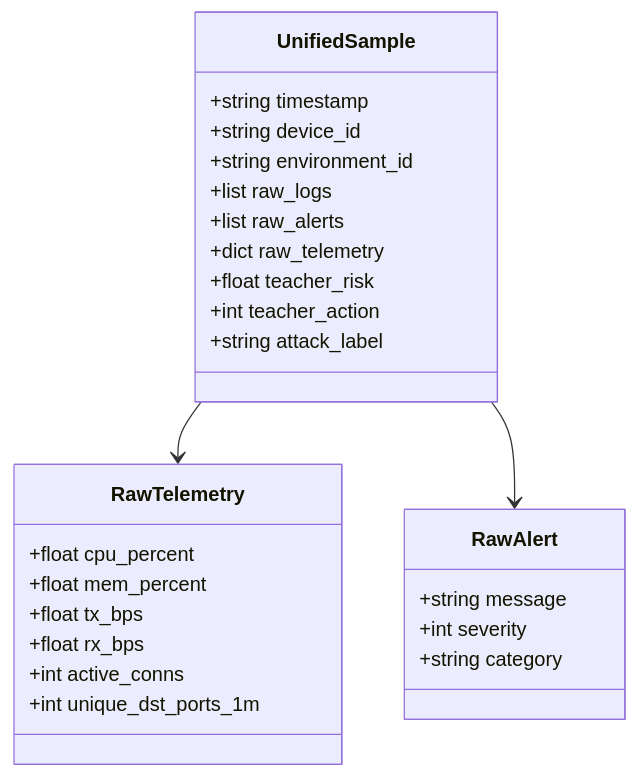
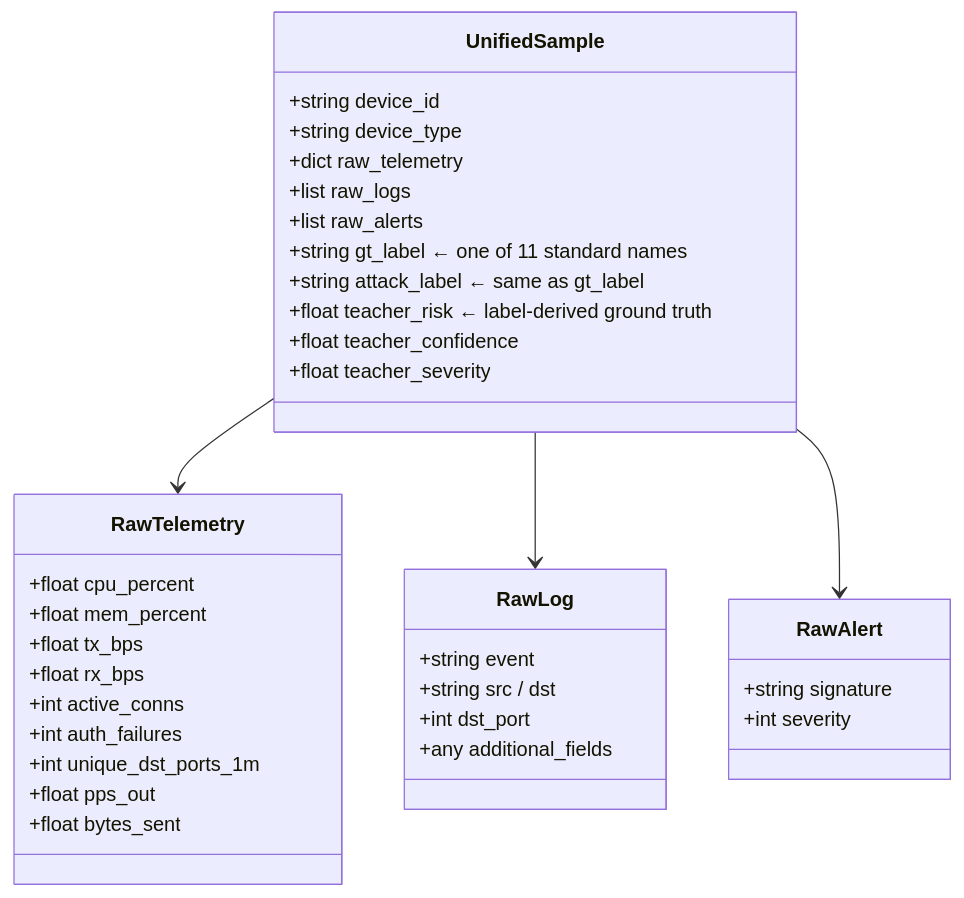
Before and after one commit to didi-09/AI_DRIVEN_SOAR: diagram 13 of 14 in README.md, drawn with Mermaid. The commit also changed other lines of this file, not shown here.

````diff
--- a/README.md
+++ b/README.md
@@ -378,32 +654,43 @@
 ```mermaid
 classDiagram
     class UnifiedSample {
-        +string timestamp
         +string device_id
-        +string environment_id
+        +string device_type
+        +dict raw_telemetry
         +list raw_logs
         +list raw_alerts
-        +dict raw_telemetry
-        +float teacher_risk
-        +int teacher_action
-        +string attack_label
+        +string gt_label       ← one of 11 standard names
+        +string attack_label   ← same as gt_label
+        +float teacher_risk    ← label-derived ground truth
+        +float teacher_confidence
+        +float teacher_severity
     }
 
     class RawTelemetry {
         +float cpu_percent
         +float mem_percent
         +float tx_bps
         +float rx_bps
         +int active_conns
+        +int auth_failures
         +int unique_dst_ports_1m
+        +float pps_out
+        +float bytes_sent
+    }
+
+    class RawLog {
+        +string event
+        +string src / dst
+        +int dst_port
+        +any additional_fields
     }
 
     class RawAlert {
-        +string message
+        +string signature
         +int severity
-        +string category
     }
 
     UnifiedSample --> RawTelemetry
+    UnifiedSample --> RawLog
     UnifiedSample --> RawAlert
 ```
````
